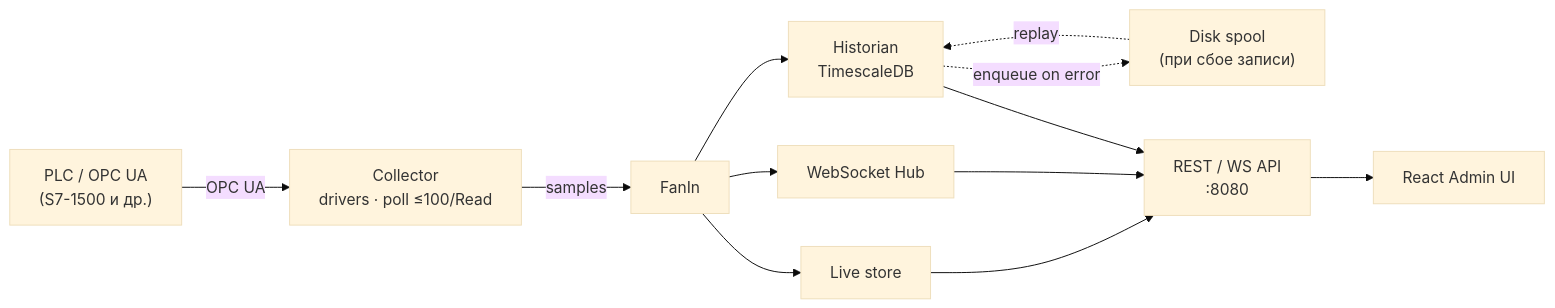
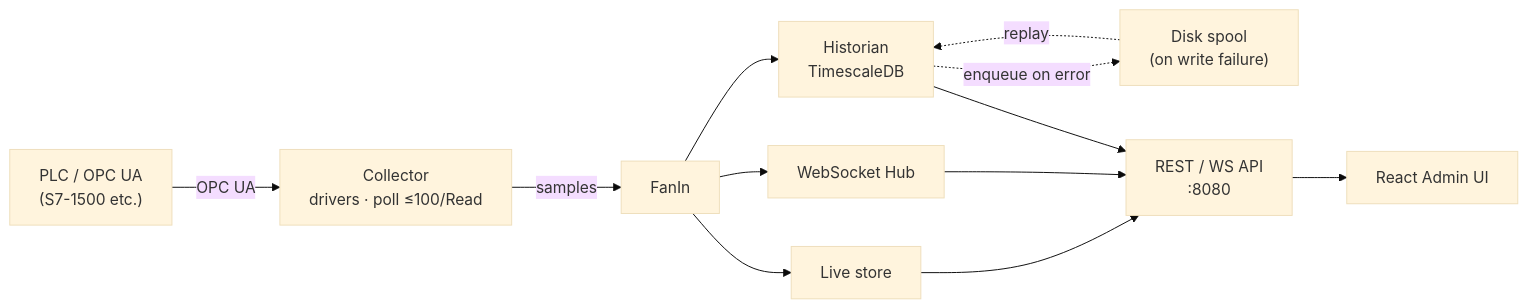
The first of 3 diagrams in README.md (popelev/level2), drawn with Mermaid (base theme) before and after one commit. The commit also changed other lines of this file and 24 other files, not shown here.

````diff
--- a/README.md
+++ b/README.md
@@ -15,24 +15,24 @@
 ```mermaid
 flowchart LR
-  PLC["PLC / OPC UA<br/>(S7-1500 и др.)"]
+  PLC["PLC / OPC UA<br/>(S7-1500 etc.)"]
   COL["Collector<br/>drivers · poll ≤100/Read"]
   LIVE["Live store"]
   FAN["FanIn"]
   WS["WebSocket Hub"]
   HIST["Historian<br/>TimescaleDB"]
-  SPOOL["Disk spool<br/>(при сбое записи)"]
+  SPOOL["Disk spool<br/>(on write failure)"]
   API["REST / WS API<br/>:8080"]
   UI["React Admin UI"]
 
   PLC -->|OPC UA| COL
   COL -->|samples| FAN
   FAN --> LIVE
   FAN --> WS
   FAN --> HIST
   HIST -.->|enqueue on error| SPOOL
   SPOOL -.->|replay| HIST
   LIVE --> API
   WS --> API
   HIST --> API
   API --> UI
 ```
````
